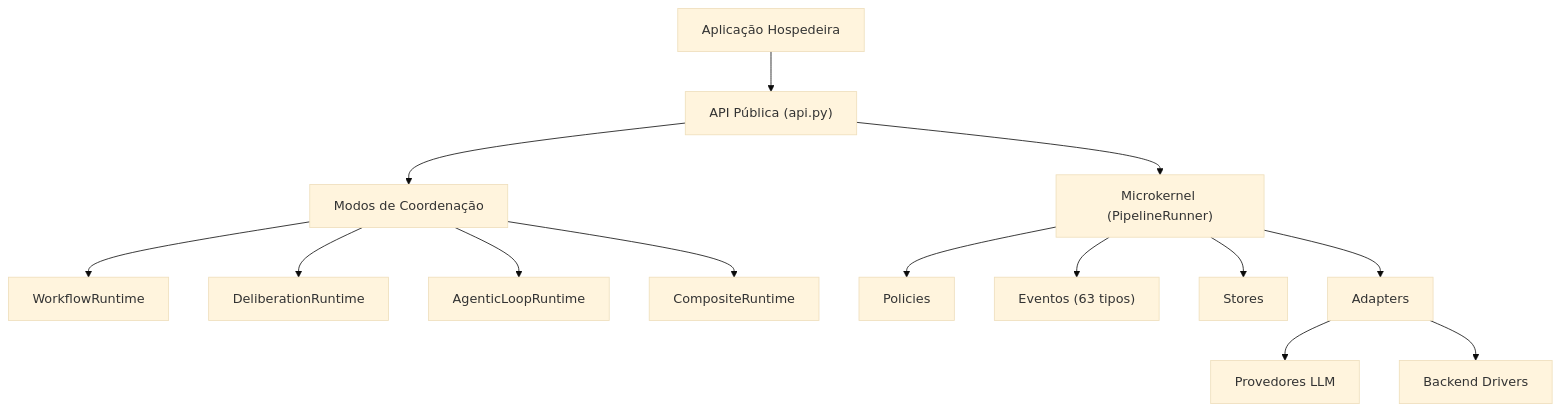
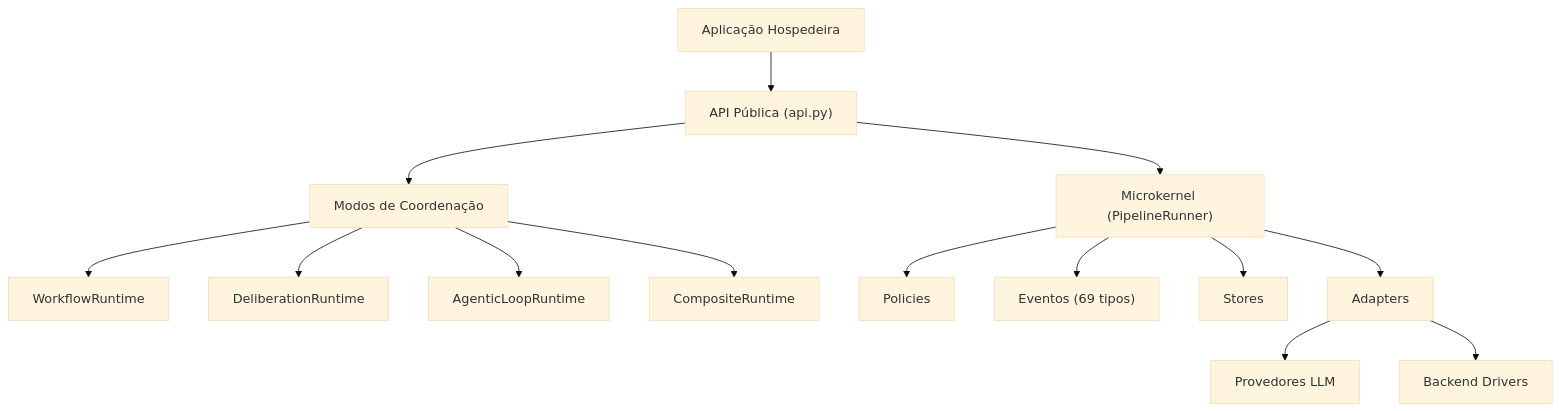
One commit to brunocapelao/miniAutoGen changed the diagram in docs/pt/architecture/README.md. Above: the diagram before and after it, drawn with Mermaid (base theme). The commit also changed other lines of this file and 23 other files, not shown here.

First line of the commit message:
feat: close 5 architecture gaps (score 6.8 → ~8.5)

````diff
--- a/docs/pt/architecture/README.md
+++ b/docs/pt/architecture/README.md
@@ -57,16 +57,16 @@
 ```mermaid
 flowchart TB
     App["Aplicação Hospedeira"] --> API["API Pública (api.py)"]
     API --> Modes["Modos de Coordenação"]
     API --> Kernel["Microkernel (PipelineRunner)"]
     Modes --> WF["WorkflowRuntime"]
     Modes --> DL["DeliberationRuntime"]
     Modes --> AL["AgenticLoopRuntime"]
     Modes --> CR["CompositeRuntime"]
     Kernel --> Policies["Policies"]
-    Kernel --> Events["Eventos (63 tipos)"]
+    Kernel --> Events["Eventos (69 tipos)"]
     Kernel --> Stores["Stores"]
     Kernel --> Adapters["Adapters"]
     Adapters --> LLM["Provedores LLM"]
     Adapters --> Backends["Backend Drivers"]
 ```
````
